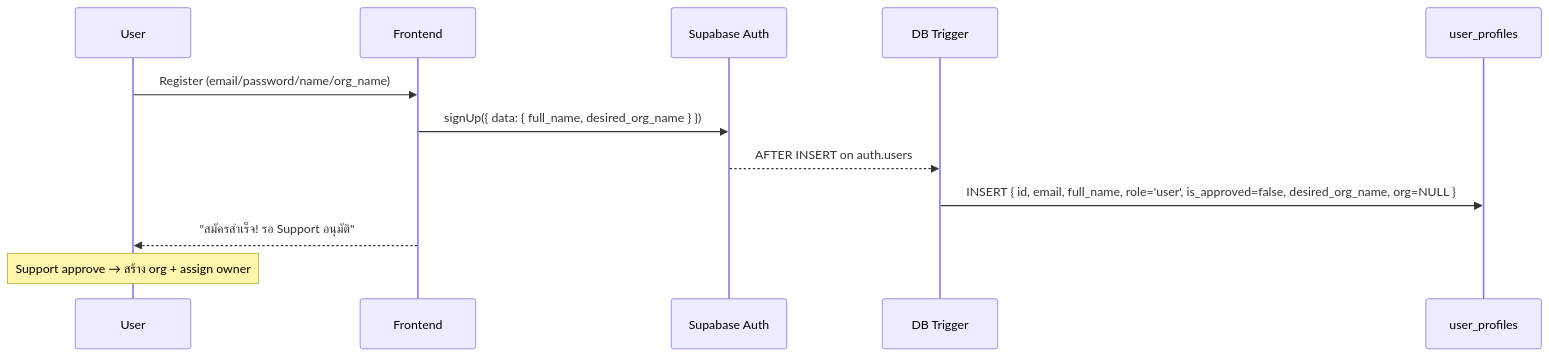
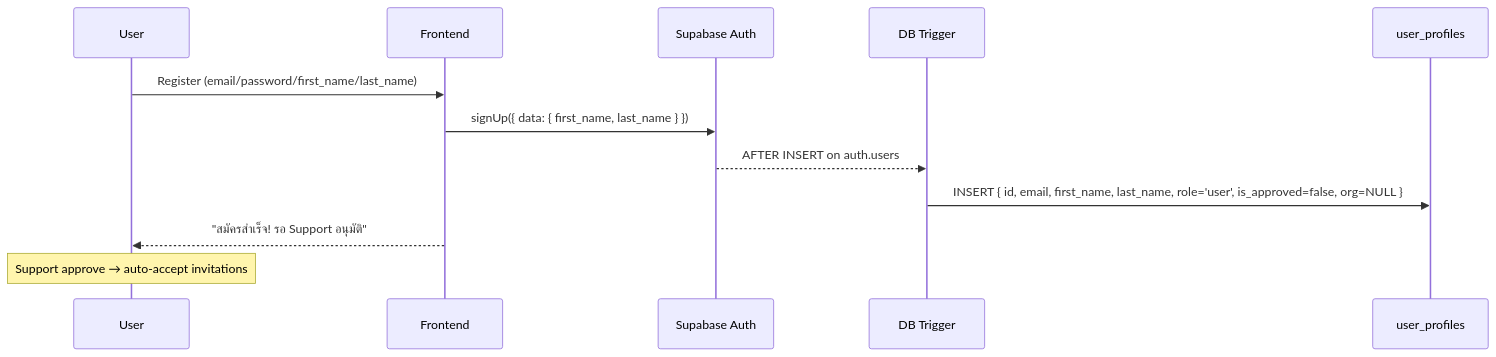
The third of 3 diagrams in walkthrough Current status and next step.md (sawasdichai123/Sundae-Al-Rag-Qwen3), drawn with Mermaid before and after one commit. The commit also changed other lines of this file and 18 other files, not shown here.

````diff
--- a/walkthrough Current status and next step.md
+++ b/walkthrough Current status and next step.md
@@ -338,15 +345,15 @@
 ```mermaid
 sequenceDiagram
     participant U as User
     participant FE as Frontend
     participant SB as Supabase Auth
     participant TR as DB Trigger
     participant DB as user_profiles
 
-    U->>FE: Register (email/password/name/org_name)
-    FE->>SB: signUp({ data: { full_name, desired_org_name } })
+    U->>FE: Register (email/password/first_name/last_name)
+    FE->>SB: signUp({ data: { first_name, last_name } })
     SB-->>TR: AFTER INSERT on auth.users
-    TR->>DB: INSERT { id, email, full_name, role='user', is_approved=false, desired_org_name, org=NULL }
+    TR->>DB: INSERT { id, email, first_name, last_name, role='user', is_approved=false, org=NULL }
     FE-->>U: "สมัครสำเร็จ! รอ Support อนุมัติ"
-    Note over U: Support approve → สร้าง org + assign owner
+    Note over U: Support approve → auto-accept invitations
 ```
````
